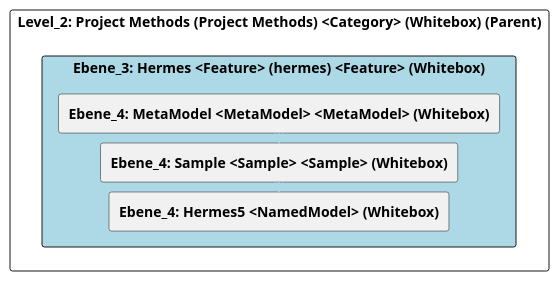
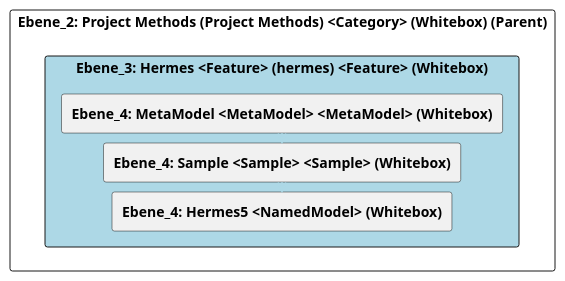
The diagram in doc/cleonproject_deliverables_architecture_model_architecture/adoc/de/05_bausteinsicht/cleon/project_methods/hermes/ebene_3_hermes.adoc (marcozwyssig/cleon), drawn with PlantUML before and after one commit. The commit also changed other lines of this file and 620 other files, not shown here.

```diff
--- a/doc/cleonproject_deliverables_architecture_model_architecture/adoc/de/05_bausteinsicht/cleon/project_methods/hermes/ebene_3_hermes.adoc
+++ b/doc/cleonproject_deliverables_architecture_model_architecture/adoc/de/05_bausteinsicht/cleon/project_methods/hermes/ebene_3_hermes.adoc
@@ -20,30 +20,30 @@
 [plantuml, Ebene_3: Hermes <Feature> (hermes) <Feature> (Whitebox)BlockOverview, format="svg"]
 ----
 @startuml Ebene_3: Hermes <Feature> (hermes) <Feature> (Whitebox)BuildingBlockOverview
 
 skinparam ranksep 10
 skinparam componentStyle rectangle
 skinparam shadowing false
 skinparam arrowColor lightblue
 skinparam arrowThickness 1.2
 skinparam rectangle {
   BackgroundColor White
   BorderColor #333
   RoundCorner 10
 }
 top to bottom direction
 
-component "Level_2: Project Methods (Project Methods) <Category> (Whitebox) (Parent)" {
+component "Ebene_2: Project Methods (Project Methods) <Category> (Whitebox) (Parent)" {
     component "Ebene_3: Hermes <Feature> (hermes) <Feature> (Whitebox)" #lightblue {
         [**Ebene_4: MetaModel <MetaModel> <MetaModel> (Whitebox)**] as 4A570569_D579_11EE_903E_9F564E4DE07E
         [**Ebene_4: Sample <Sample> <Sample> (Whitebox)**] as 4A56DE3D_D579_11EE_903E_9F564E4DE07E
         [**Ebene_4: Hermes5 <NamedModel> (Whitebox)**] as 4A56DE54_D579_11EE_903E_9F564E4DE07E
     }
 
     4A570569_D579_11EE_903E_9F564E4DE07E -down-> 4A56DE3D_D579_11EE_903E_9F564E4DE07E
     4A56DE3D_D579_11EE_903E_9F564E4DE07E -down-> 4A56DE54_D579_11EE_903E_9F564E4DE07E
     
 }
 
 @enduml
 ----
```
